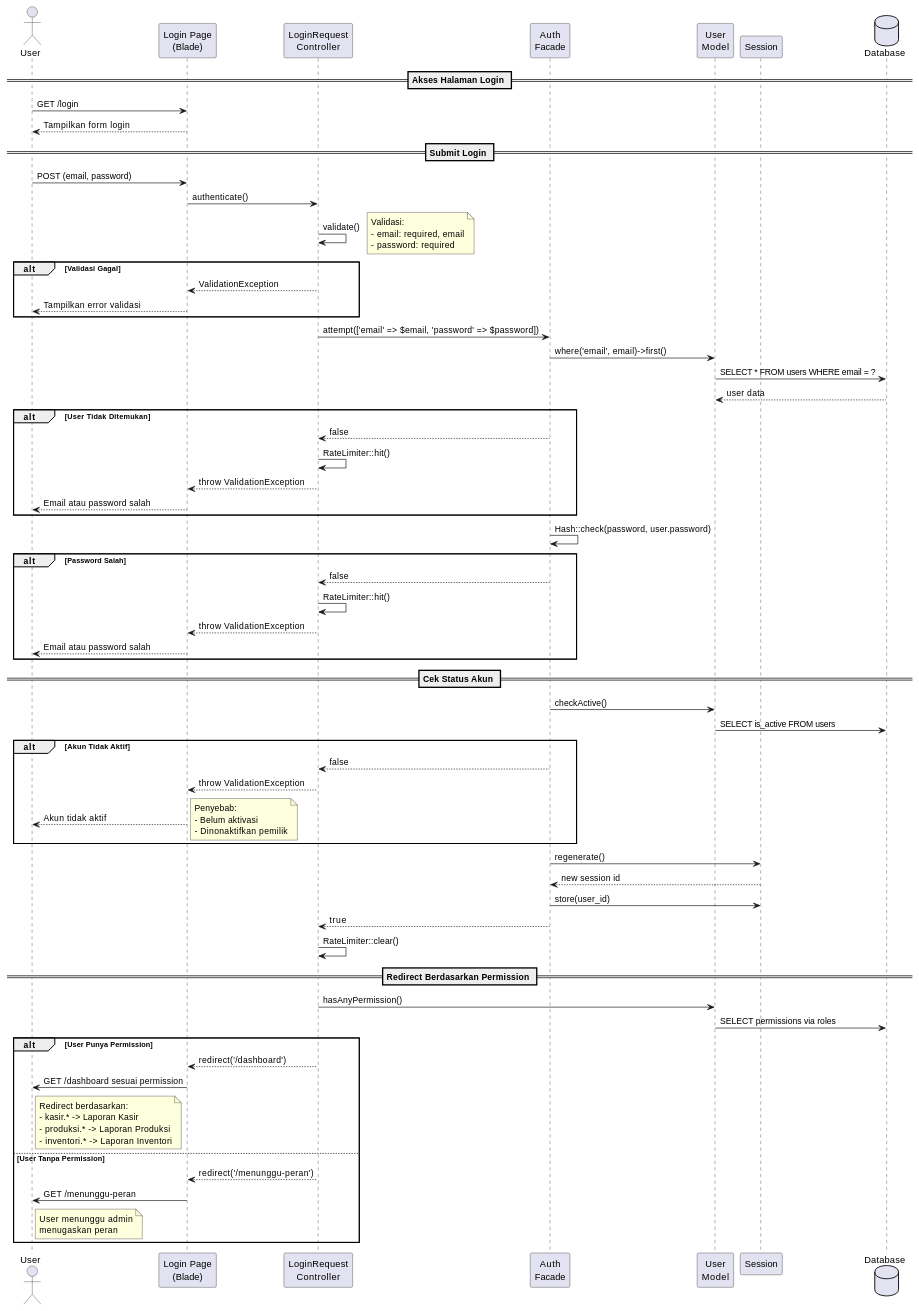
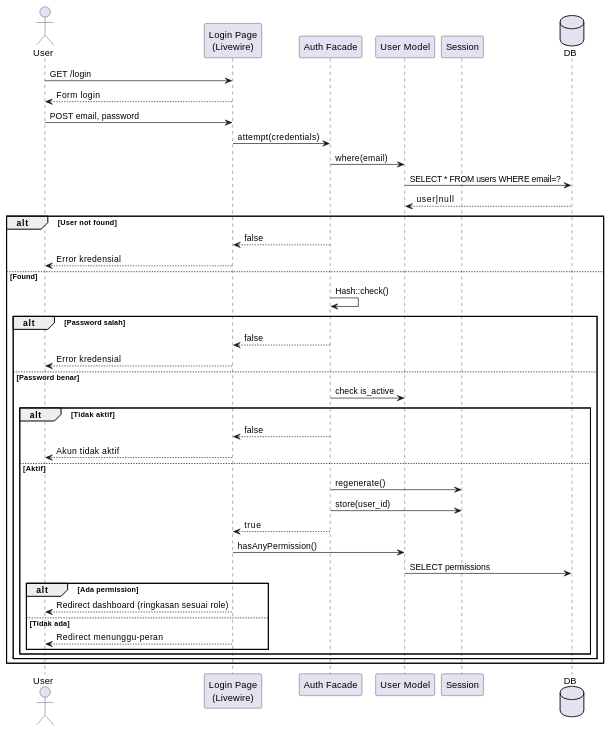
Before and after one commit to pawon3d/pawon3d: the first of 9 diagrams in docs/diagrams/03_SEQUENCE_DIAGRAM.md, drawn with PlantUML. The commit also changed other lines of this file and 155 other files, not shown here.

````diff
--- a/docs/diagrams/03_SEQUENCE_DIAGRAM.md
+++ b/docs/diagrams/03_SEQUENCE_DIAGRAM.md
@@ -37,100 +23,47 @@
 ```plantuml
-@startuml Sequence Diagram - Login
+@startuml Sequence - Login
+actor User
+participant "Login Page\n(Livewire)" as Login
+participant "Auth Facade" as Auth
+participant "User Model" as UserModel
+participant Session
+database DB
 
-actor User
-participant "Login Page\n(Blade)" as Login
-participant "LoginRequest\nController" as LoginReq
-participant "Auth\nFacade" as Auth
-participant "User\nModel" as UserModel
-participant "Session" as Session
-database Database as DB
+User -> Login: GET /login
+Login --> User: Form login
 
-== Akses Halaman Login ==
-User -> Login: GET /login
-Login --> User: Tampilkan form login
+User -> Login: POST email, password
+Login -> Auth: attempt(credentials)
+Auth -> UserModel: where(email)
+UserModel -> DB: SELECT * FROM users WHERE email=?
+DB --> UserModel: user|null
 
-== Submit Login ==
-User -> Login: POST (email, password)
-Login -> LoginReq: authenticate()
-
-LoginReq -> LoginReq: validate()
-note right
-  Validasi:
-  - email: required, email
-  - password: required
-end note
-
-alt Validasi Gagal
-    LoginReq --> Login: ValidationException
-    Login --> User: Tampilkan error validasi
+alt User not found
+    Auth --> Login: false
+    Login --> User: Error kredensial
+else Found
+    Auth -> Auth: Hash::check()
+    alt Password salah
+        Auth --> Login: false
+        Login --> User: Error kredensial
+    else Password benar
+        Auth -> UserModel: check is_active
+        alt Tidak aktif
+            Auth --> Login: false
+            Login --> User: Akun tidak aktif
+        else Aktif
+            Auth -> Session: regenerate()
+            Auth -> Session: store(user_id)
+            Auth --> Login: true
+            Login -> UserModel: hasAnyPermission()
+            UserModel -> DB: SELECT permissions
+            alt Ada permission
+                Login --> User: Redirect dashboard (ringkasan sesuai role)
+            else Tidak ada
+                Login --> User: Redirect menunggu-peran
+            end
+        end
+    end
 end
-
-LoginReq -> Auth: attempt(['email' => $email, 'password' => $password])
-
-Auth -> UserModel: where('email', email)->first()
-UserModel -> DB: SELECT * FROM users WHERE email = ?
-DB --> UserModel: user data
-
-alt User Tidak Ditemukan
-    Auth --> LoginReq: false
-    LoginReq -> LoginReq: RateLimiter::hit()
-    LoginReq --> Login: throw ValidationException
-    Login --> User: Email atau password salah
-end
-
-Auth -> Auth: Hash::check(password, user.password)
-
-alt Password Salah
-    Auth --> LoginReq: false
-    LoginReq -> LoginReq: RateLimiter::hit()
-    LoginReq --> Login: throw ValidationException
-    Login --> User: Email atau password salah
-end
-
-== Cek Status Akun ==
-Auth -> UserModel: checkActive()
-UserModel -> DB: SELECT is_active FROM users
-
-alt Akun Tidak Aktif
-    Auth --> LoginReq: false
-    LoginReq --> Login: throw ValidationException
-    Login --> User: Akun tidak aktif
-    note right
-      Penyebab:
-      - Belum aktivasi
-      - Dinonaktifkan pemilik
-    end note
-end
-
-Auth -> Session: regenerate()
-Session --> Auth: new session id
-
-Auth -> Session: store(user_id)
-Auth --> LoginReq: true
-
-LoginReq -> LoginReq: RateLimiter::clear()
-
-== Redirect Berdasarkan Permission ==
-LoginReq -> UserModel: hasAnyPermission()
-UserModel -> DB: SELECT permissions via roles
-
-alt User Punya Permission
-    LoginReq --> Login: redirect('/dashboard')
-    Login -> User: GET /dashboard sesuai permission
-    note right of User
-      Redirect berdasarkan:
-      - kasir.* -> Laporan Kasir
-      - produksi.* -> Laporan Produksi
-      - inventori.* -> Laporan Inventori
-    end note
-else User Tanpa Permission
-    LoginReq --> Login: redirect('/menunggu-peran')
-    Login -> User: GET /menunggu-peran
-    note right of User
-      User menunggu admin
-      menugaskan peran
-    end note
-end
-
 @enduml
 ```
````
